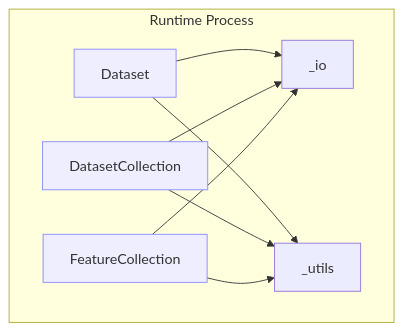
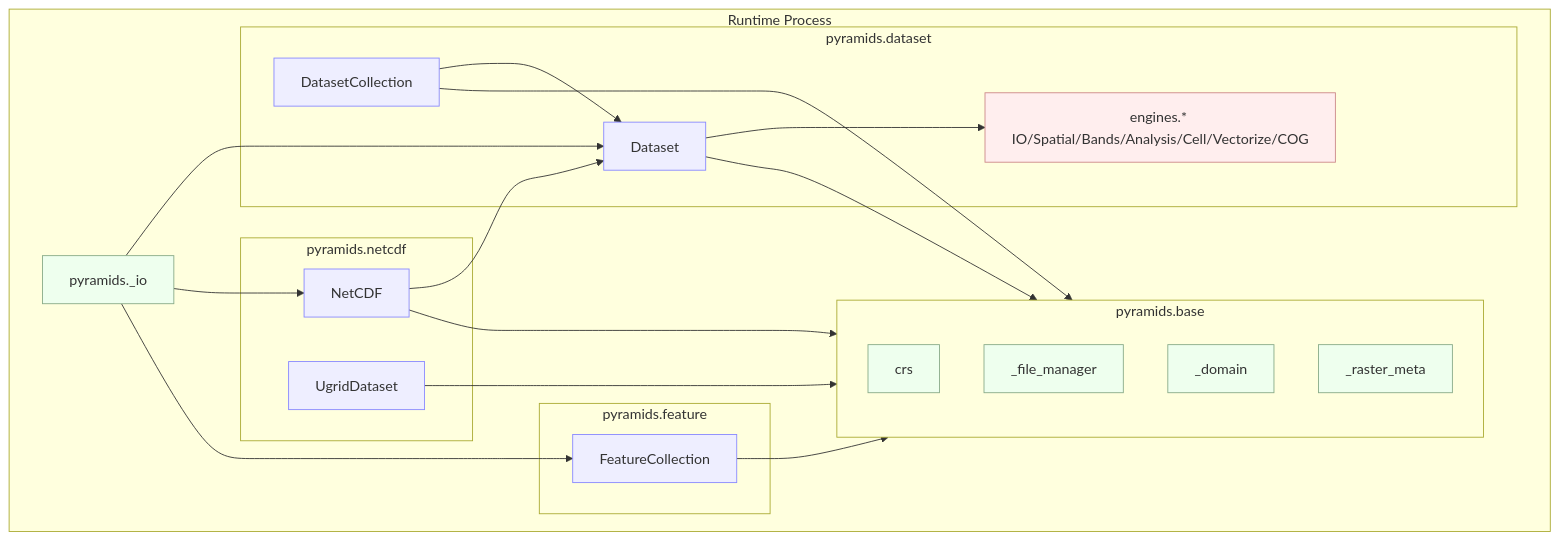
The second of 13 diagrams in docs/architecture/diagrams.md (serapeum-org/pyramids), drawn with Mermaid before and after one commit. The commit also changed other lines of this file and 3 other files, not shown here.

````diff
--- a/docs/architecture/diagrams.md
+++ b/docs/architecture/diagrams.md
@@ -18,12 +21,38 @@
 ```mermaid
 flowchart TB
-  subgraph Runtime Process
-    A[Dataset]:::c --> B[_io]
-    C[DatasetCollection]:::c --> B
-    D[FeatureCollection]:::c --> B
-    A --> E[_utils]
-    C --> E
-    D --> E
+  subgraph Runtime["Runtime Process"]
+    subgraph Base["pyramids.base"]
+      CRS[crs]:::b
+      FM[_file_manager]:::b
+      DOM[_domain]:::b
+      META[_raster_meta]:::b
+    end
+    subgraph Raster["pyramids.dataset"]
+      A[Dataset]:::c
+      C[DatasetCollection]:::c
+      E[engines.* IO/Spatial/Bands/Analysis/Cell/Vectorize/COG]:::e
+    end
+    subgraph NC["pyramids.netcdf"]
+      N[NetCDF]:::c
+      UG[UgridDataset]:::c
+    end
+    subgraph Vec["pyramids.feature"]
+      D[FeatureCollection]:::c
+    end
+    PyIO[pyramids._io]:::b
+    A --> Base
+    C --> Base
+    N --> Base
+    D --> Base
+    UG --> Base
+    A --> E
+    N --> A
+    C --> A
+    PyIO --> A
+    PyIO --> N
+    PyIO --> D
   end
   classDef c fill:#eef,stroke:#88f
+  classDef b fill:#efe,stroke:#8a8
+  classDef e fill:#fee,stroke:#c88
 ```
````
